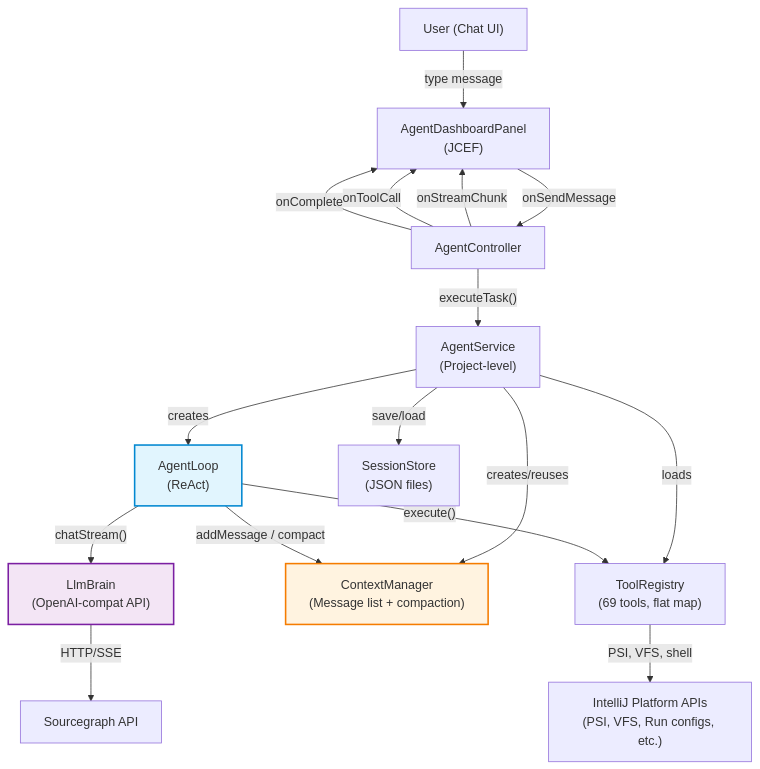
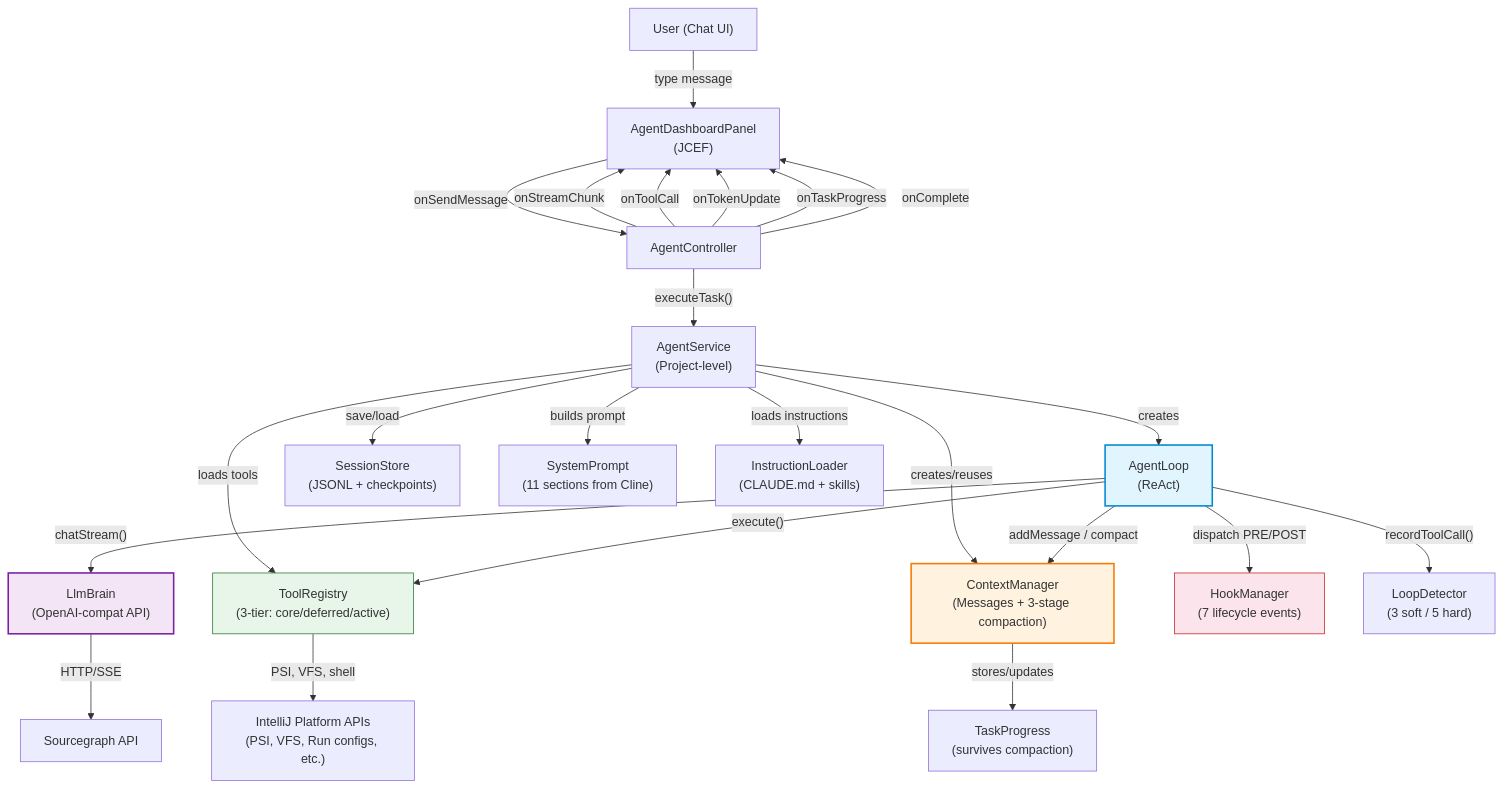
One commit to thenerdygeek/intellij-workflow-orchestrator changed the first of 4 diagrams in docs/architecture/agent-architecture.md. Above: the diagram before and after it, drawn with Mermaid. The commit also changed other lines of this file and 1 other file, not shown here.

First line of the commit message:
docs(agent): comprehensive update of architecture docs for Cline-ported agent

````diff
--- a/docs/architecture/agent-architecture.md
+++ b/docs/architecture/agent-architecture.md
@@ -35,34 +48,52 @@
 ```mermaid
 graph TB
     User["User (Chat UI)"]
     Dashboard["AgentDashboardPanel<br/>(JCEF)"]
     Controller["AgentController"]
     Service["AgentService<br/>(Project-level)"]
     Loop["AgentLoop<br/>(ReAct)"]
     Brain["LlmBrain<br/>(OpenAI-compat API)"]
-    CTX["ContextManager<br/>(Message list + compaction)"]
-    Tools["ToolRegistry<br/>(69 tools, flat map)"]
-    Store["SessionStore<br/>(JSON files)"]
+    CTX["ContextManager<br/>(Messages + 3-stage compaction)"]
+    TaskProg["TaskProgress<br/>(survives compaction)"]
+    Tools["ToolRegistry<br/>(3-tier: core/deferred/active)"]
+    Store["SessionStore<br/>(JSONL + checkpoints)"]
+    Hooks["HookManager<br/>(7 lifecycle events)"]
+    LoopDet["LoopDetector<br/>(3 soft / 5 hard)"]
+    SysPrompt["SystemPrompt<br/>(11 sections from Cline)"]
+    InstrLoad["InstructionLoader<br/>(CLAUDE.md + skills)"]
     IDE["IntelliJ Platform APIs<br/>(PSI, VFS, Run configs, etc.)"]
+    SG["Sourcegraph API"]
 
     User -->|"type message"| Dashboard
     Dashboard -->|"onSendMessage"| Controller
     Controller -->|"executeTask()"| Service
     Service -->|"creates"| Loop
     Service -->|"creates/reuses"| CTX
-    Service -->|"loads"| Tools
+    Service -->|"loads tools"| Tools
+    Service -->|"builds prompt"| SysPrompt
+    Service -->|"loads instructions"| InstrLoad
+    Service -->|"save/load"| Store
+
     Loop -->|"chatStream()"| Brain
     Loop -->|"execute()"| Tools
     Loop -->|"addMessage / compact"| CTX
-    Brain -->|"HTTP/SSE"| SG["Sourcegraph API"]
+    Loop -->|"recordToolCall()"| LoopDet
+    Loop -->|"dispatch PRE/POST"| Hooks
+
+    CTX -->|"stores/updates"| TaskProg
+
+    Brain -->|"HTTP/SSE"| SG
     Tools -->|"PSI, VFS, shell"| IDE
-    Service -->|"save/load"| Store
 
     Controller -->|"onStreamChunk"| Dashboard
     Controller -->|"onToolCall"| Dashboard
+    Controller -->|"onTokenUpdate"| Dashboard
+    Controller -->|"onTaskProgress"| Dashboard
     Controller -->|"onComplete"| Dashboard
 
     style Loop fill:#e1f5fe,stroke:#0288d1,stroke-width:2px
     style CTX fill:#fff3e0,stroke:#f57c00,stroke-width:2px
     style Brain fill:#f3e5f5,stroke:#7b1fa2,stroke-width:2px
+    style Hooks fill:#fce4ec,stroke:#c62828,stroke-width:1px
+    style Tools fill:#e8f5e9,stroke:#2e7d32,stroke-width:1px
 ```
````
